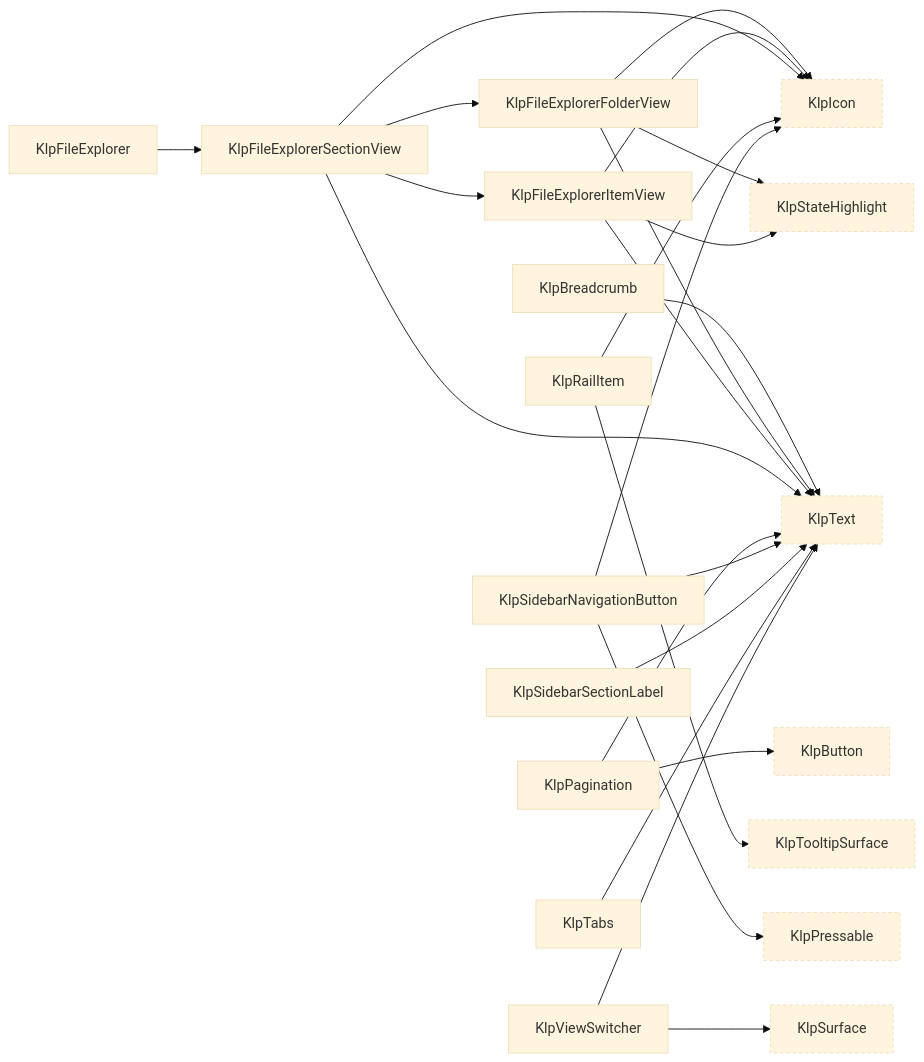
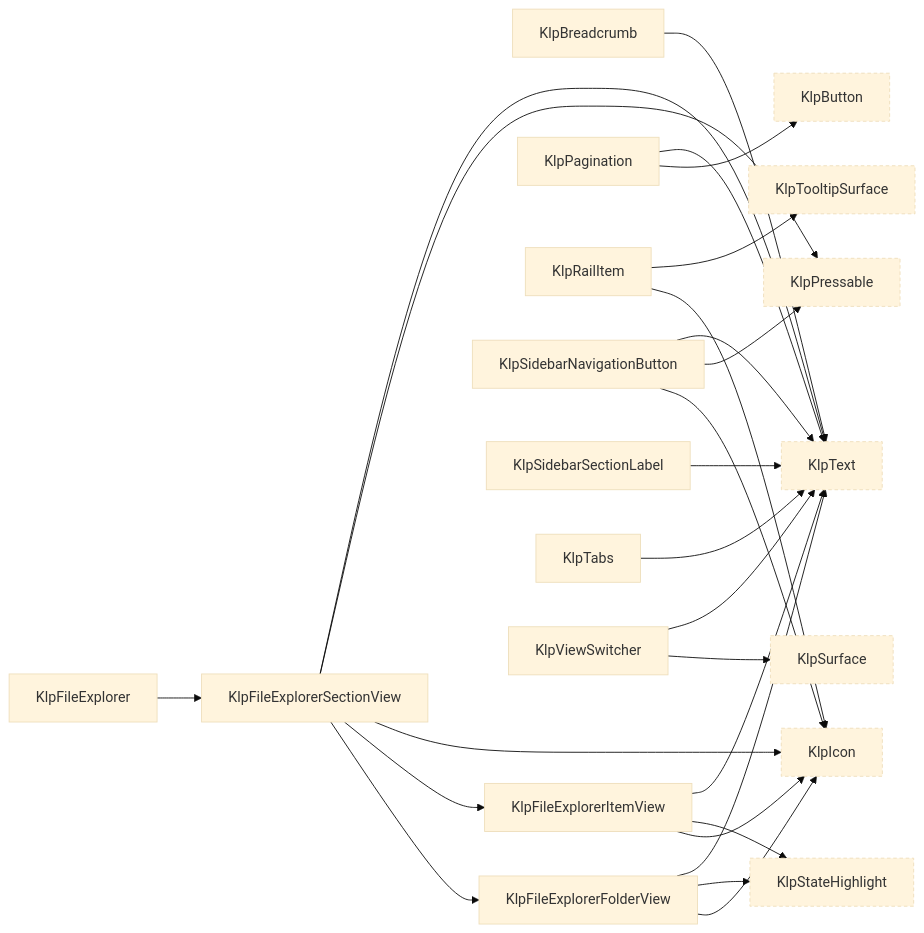
One commit to MiuDog/Kallopis changed diagram 12 of 17 in spec/component-inventory.md. Above: the diagram before and after it, drawn with Mermaid (base theme). The commit also changed other lines of this file and 99 other files, not shown here.

````diff
--- a/spec/component-inventory.md
+++ b/spec/component-inventory.md
@@ -840,45 +874,46 @@
 ```mermaid
 graph LR
   KlpBreadcrumb["KlpBreadcrumb"]
   KlpButton["KlpButton"]:::external
   KlpFileExplorer["KlpFileExplorer"]
   KlpFileExplorerFolderView["KlpFileExplorerFolderView"]
   KlpFileExplorerItemView["KlpFileExplorerItemView"]
   KlpFileExplorerSectionView["KlpFileExplorerSectionView"]
   KlpIcon["KlpIcon"]:::external
   KlpPagination["KlpPagination"]
   KlpPressable["KlpPressable"]:::external
   KlpRailItem["KlpRailItem"]
   KlpSidebarNavigationButton["KlpSidebarNavigationButton"]
   KlpSidebarSectionLabel["KlpSidebarSectionLabel"]
   KlpStateHighlight["KlpStateHighlight"]:::external
   KlpSurface["KlpSurface"]:::external
   KlpTabs["KlpTabs"]
   KlpText["KlpText"]:::external
   KlpTooltipSurface["KlpTooltipSurface"]:::external
   KlpViewSwitcher["KlpViewSwitcher"]
   KlpBreadcrumb --> KlpText
   KlpFileExplorerFolderView --> KlpIcon
   KlpFileExplorerFolderView --> KlpStateHighlight
   KlpFileExplorerFolderView --> KlpText
   KlpFileExplorerItemView --> KlpIcon
   KlpFileExplorerItemView --> KlpStateHighlight
   KlpFileExplorerItemView --> KlpText
   KlpFileExplorerSectionView --> KlpFileExplorerFolderView
   KlpFileExplorerSectionView --> KlpFileExplorerItemView
   KlpFileExplorerSectionView --> KlpIcon
+  KlpFileExplorerSectionView --> KlpPressable
   KlpFileExplorerSectionView --> KlpText
   KlpFileExplorer --> KlpFileExplorerSectionView
   KlpPagination --> KlpButton
   KlpPagination --> KlpText
   KlpRailItem --> KlpIcon
   KlpRailItem --> KlpTooltipSurface
   KlpSidebarNavigationButton --> KlpIcon
   KlpSidebarNavigationButton --> KlpPressable
   KlpSidebarNavigationButton --> KlpText
   KlpSidebarSectionLabel --> KlpText
   KlpTabs --> KlpText
   KlpViewSwitcher --> KlpSurface
   KlpViewSwitcher --> KlpText
   classDef external stroke-dasharray: 4 3;
 ```
````
